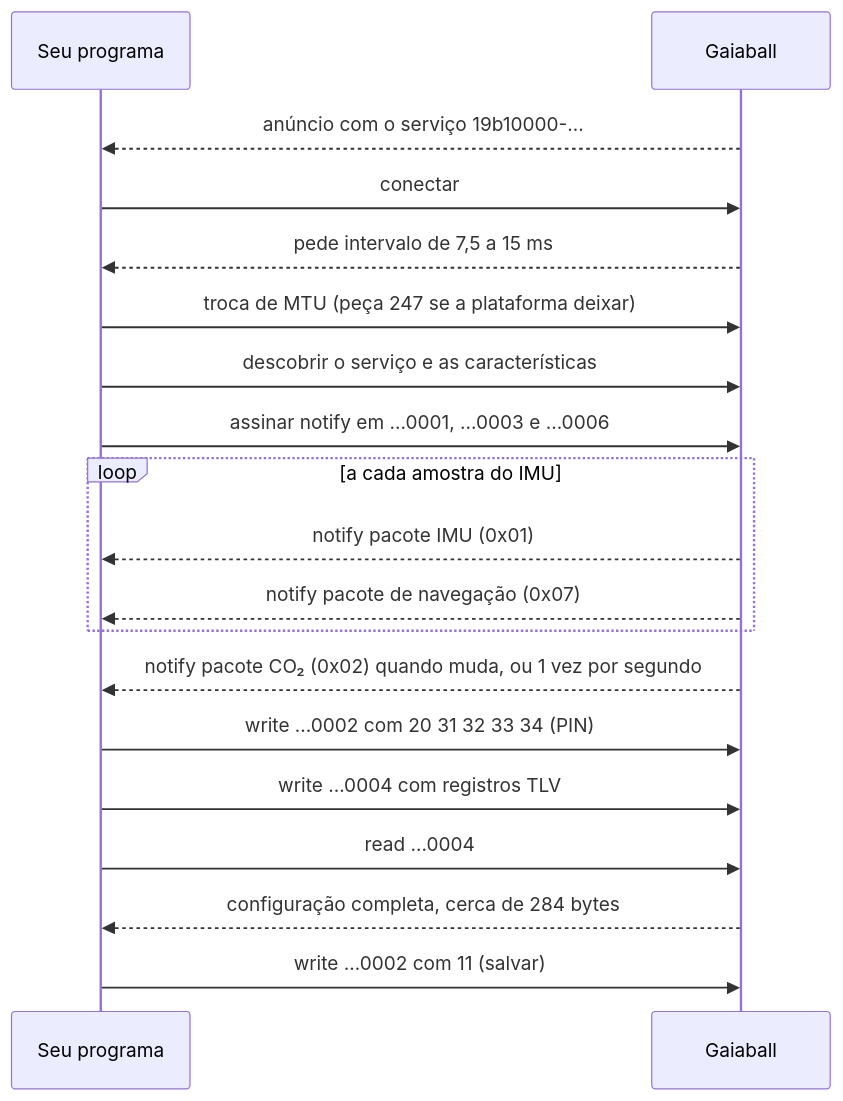
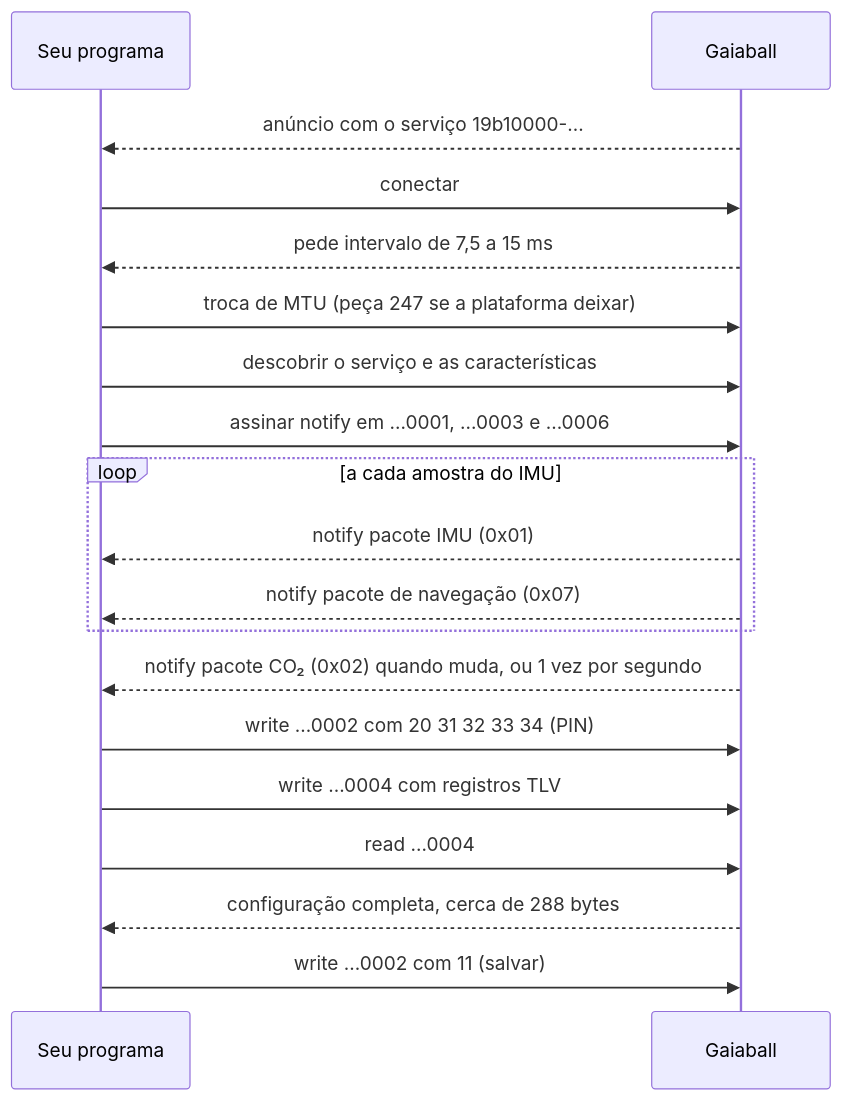
Before and after one commit to GaiaSenses/gaiaball: the third of 3 diagrams in docs/protocolo-ble.md, drawn with Mermaid. The commit also changed other lines of this file and 5 other files, not shown here.

````diff
--- a/docs/protocolo-ble.md
+++ b/docs/protocolo-ble.md
@@ -1079,21 +1080,21 @@
 ```mermaid
 sequenceDiagram
   participant C as Seu programa
   participant B as Gaiaball
   B-->>C: anúncio com o serviço 19b10000-…
   C->>B: conectar
   B-->>C: pede intervalo de 7,5 a 15 ms
   C->>B: troca de MTU (peça 247 se a plataforma deixar)
   C->>B: descobrir o serviço e as características
   C->>B: assinar notify em …0001, …0003 e …0006
   loop a cada amostra do IMU
     B-->>C: notify pacote IMU (0x01)
     B-->>C: notify pacote de navegação (0x07)
   end
   B-->>C: notify pacote CO₂ (0x02) quando muda, ou 1 vez por segundo
   C->>B: write …0002 com 20 31 32 33 34 (PIN)
   C->>B: write …0004 com registros TLV
   C->>B: read …0004
-  B-->>C: configuração completa, cerca de 284 bytes
+  B-->>C: configuração completa, cerca de 288 bytes
   C->>B: write …0002 com 11 (salvar)
 ```
````
